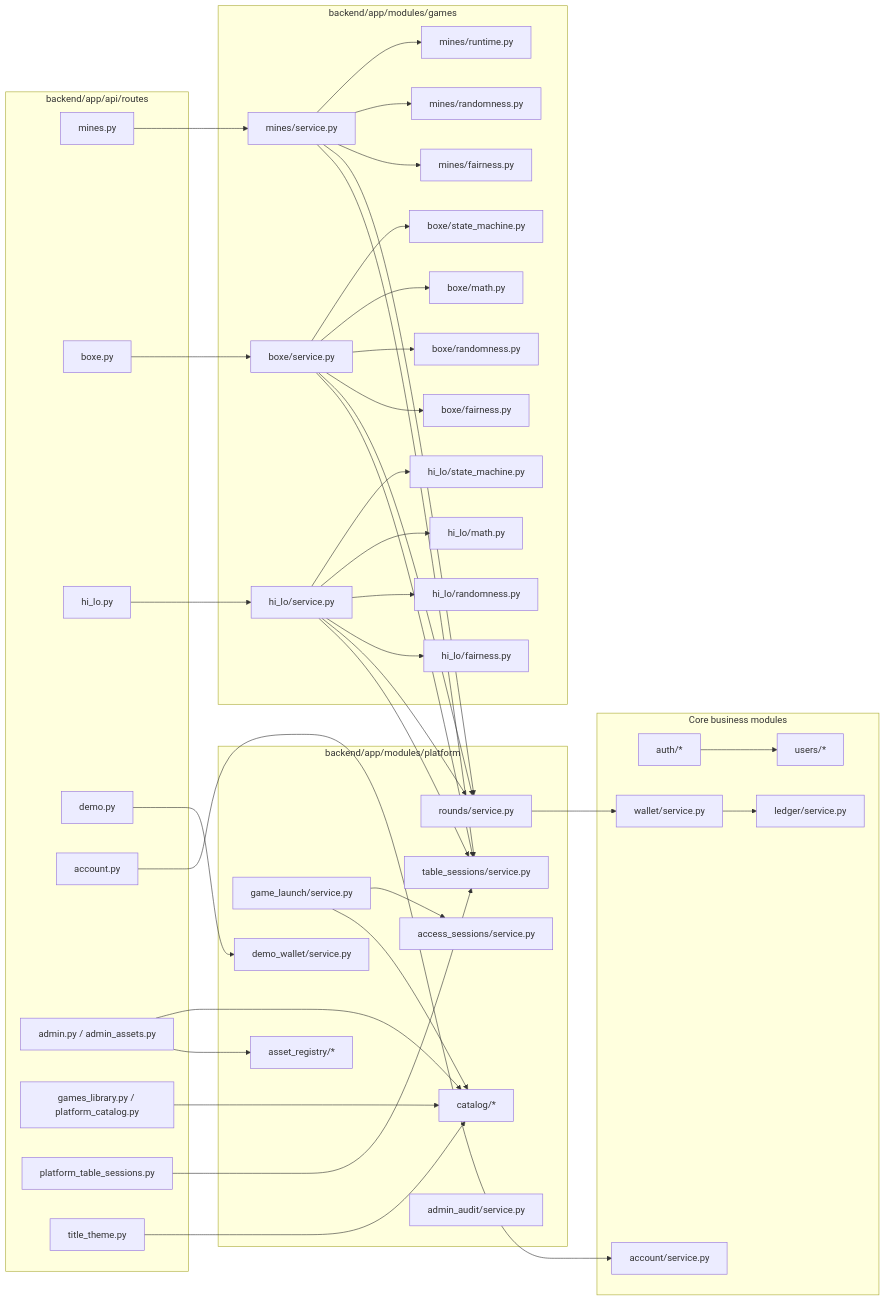
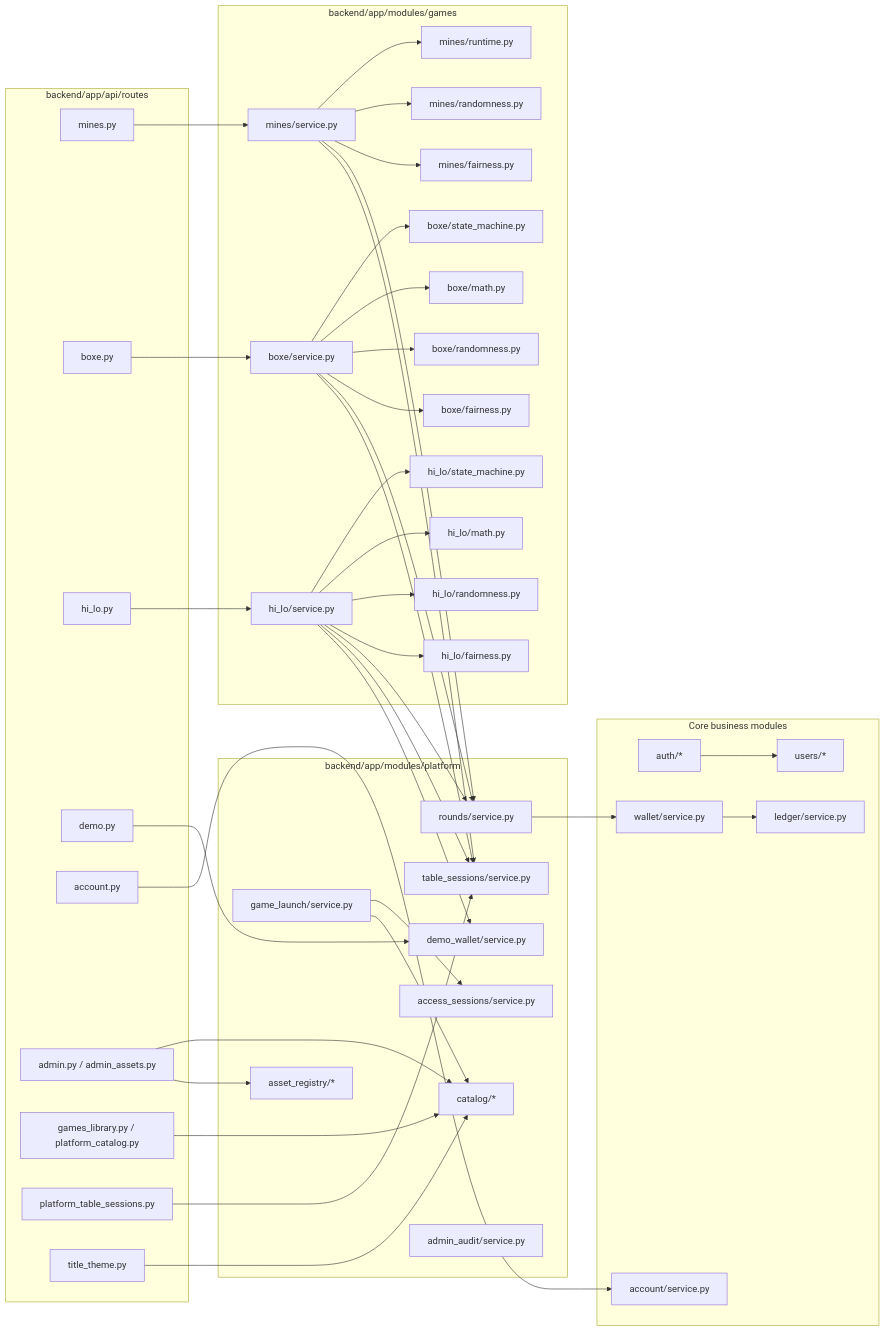
Before and after one commit to moromike/casinoking-platform: the fourth of 11 diagrams in docs/CODE_ARCHITECTURE_MERMAID_MAP_2026-05-22.md, drawn with Mermaid. The commit also changed other lines of this file and 16 other files, not shown here.

```diff
--- a/docs/CODE_ARCHITECTURE_MERMAID_MAP_2026-05-22.md
+++ b/docs/CODE_ARCHITECTURE_MERMAID_MAP_2026-05-22.md
@@ -269,6 +272,7 @@
   HiLoService --> HiLoFairness
   HiLoService --> Rounds
   HiLoService --> TableSessions
+  HiLoService --> DemoWallet
 
   Launch --> Access
   Launch --> Catalog
```
